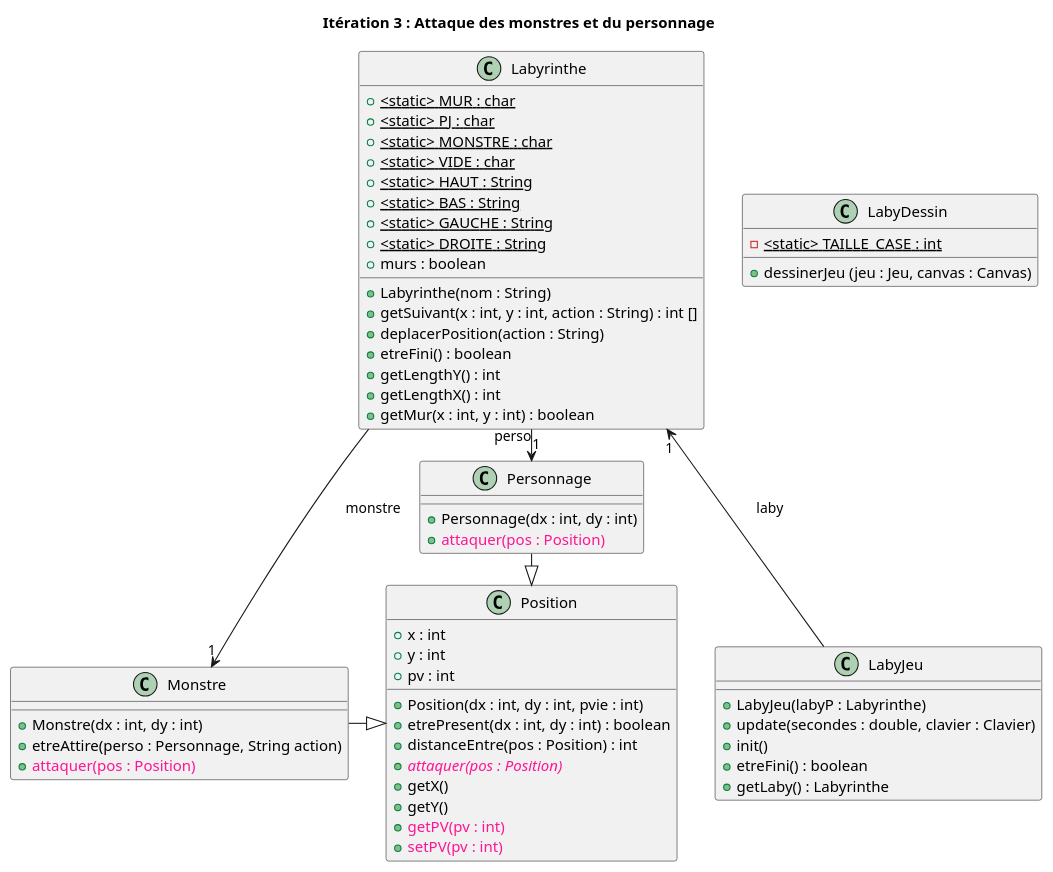
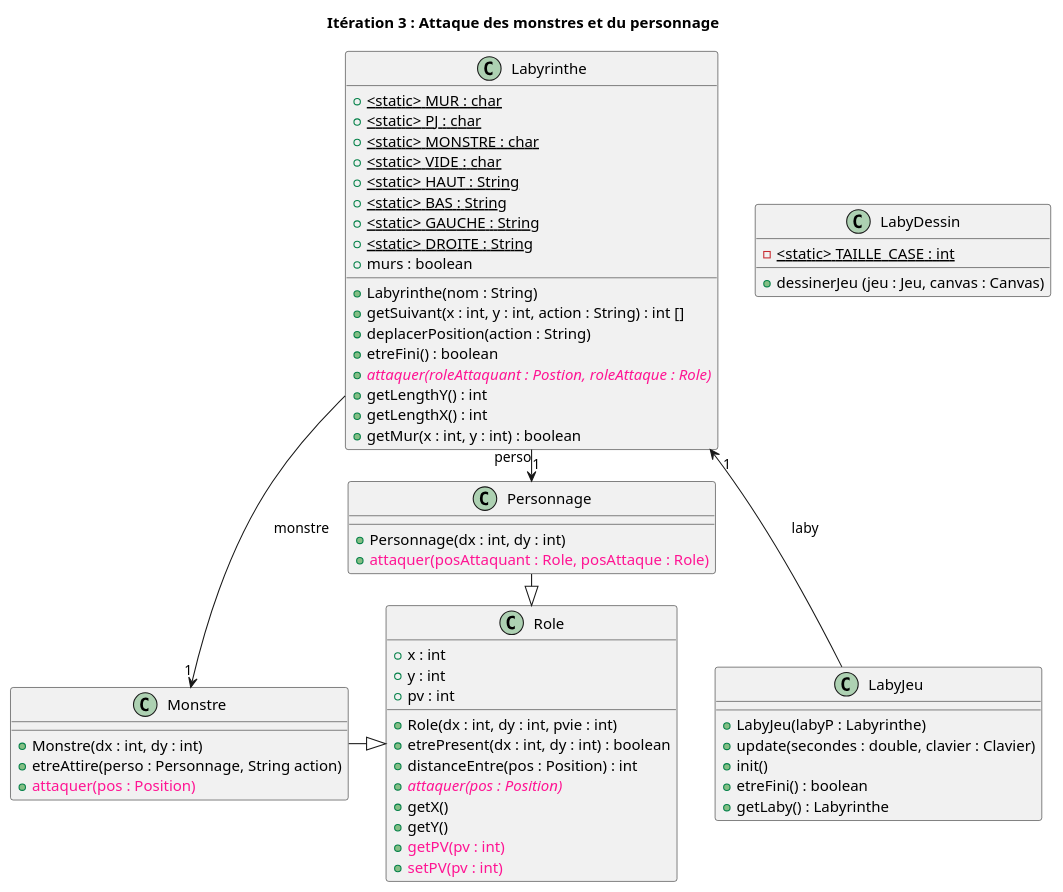
The diagram in racine_depot/documents/version_4/diagClass_iter3.puml (Hugo-COLLIN/BUT_INFO_S2_2022_Zeldiablo), drawn with PlantUML before and after one commit. The commit also changed 1 other file, not shown here.

```diff
--- a/racine_depot/documents/version_4/diagClass_iter3.puml
+++ b/racine_depot/documents/version_4/diagClass_iter3.puml
@@ -1,70 +1,71 @@
 @startuml
 title Itération 3 : Attaque des monstres et du personnage
 
 class Labyrinthe {
     + <static> MUR : char {static}
     + <static> PJ : char {static}
     + <static> MONSTRE : char {static}
     + <static> VIDE : char {static}
     + <static> HAUT : String {static}
     + <static> BAS : String {static}
     + <static> GAUCHE : String {static}
     + <static> DROITE : String {static}
     + murs : boolean
 
     + Labyrinthe(nom : String)
     + getSuivant(x : int, y : int, action : String) : int []
     + deplacerPosition(action : String)
     + etreFini() : boolean
+    {abstract} + <color:deeppink>attaquer(roleAttaquant : Postion, roleAttaque : Role)</color>
     + getLengthY() : int
     + getLengthX() : int
     + getMur(x : int, y : int) : boolean
 }
 
 class LabyJeu {
     + LabyJeu(labyP : Labyrinthe)
     + update(secondes : double, clavier : Clavier)
     + init()
     + etreFini() : boolean
     + getLaby() : Labyrinthe
 }
 
 class LabyDessin {
     - <static> TAILLE_CASE : int {static}
     + dessinerJeu (jeu : Jeu, canvas : Canvas)
 }
 
-class Position {
+class Role {
     + x : int
     + y : int
     + pv : int
 
-    + Position(dx : int, dy : int, pvie : int)
+    + Role(dx : int, dy : int, pvie : int)
     + etrePresent(dx : int, dy : int) : boolean
     + distanceEntre(pos : Position) : int
     {abstract} + <color:deeppink>attaquer(pos : Position)</color>
     + getX()
     + getY()
     + <color:deeppink>getPV(pv : int)</color>
     + <color:deeppink>setPV(pv : int)</color>
 }
 
 class Personnage {
     + Personnage(dx : int, dy : int)
-    + <color:deeppink>attaquer(pos : Position)</color>
+    + <color:deeppink>attaquer(posAttaquant : Role, posAttaque : Role)</color>
 }
 
 class Monstre {
     + Monstre(dx : int, dy : int)
     + etreAttire(perso : Personnage, String action)
     + <color:deeppink>attaquer(pos : Position)</color>
 }
 
 Labyrinthe --> Monstre : monstre "1"
 Labyrinthe -> Personnage : perso "1"
 Labyrinthe "1" <-- LabyJeu : laby
 
-Monstre -|> Position
-Personnage -|> Position
+Monstre -|> Role
+Personnage -|> Role
 
 @enduml
```
